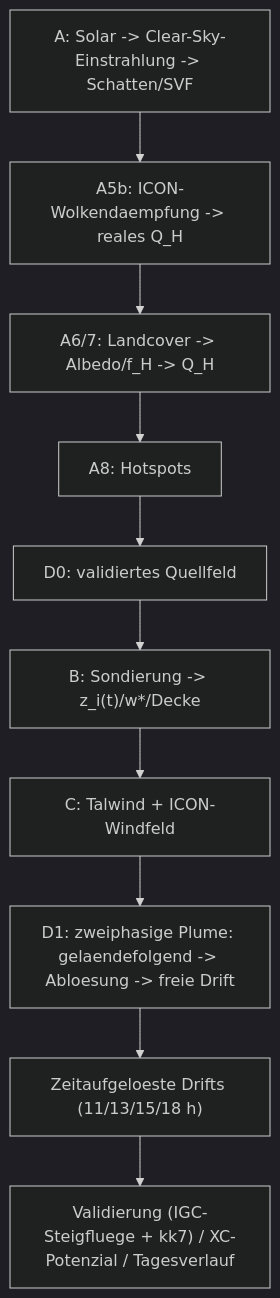
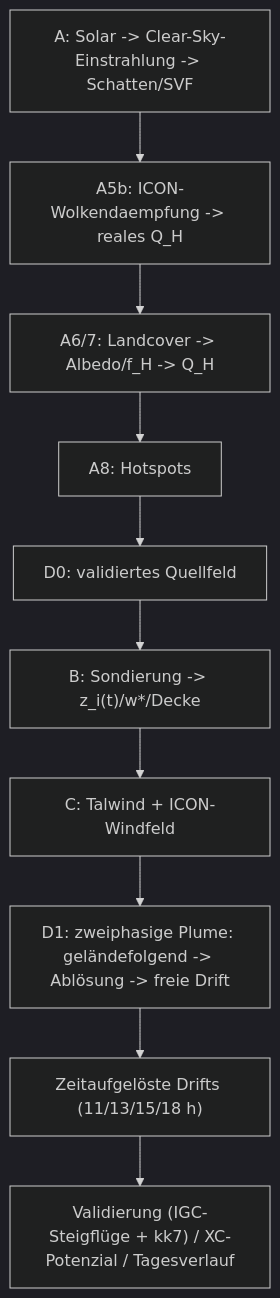
Before and after one commit to Benjamin-Loeffel/paragliding-tools: the first of 2 diagrams in docs/thermal-step-by-step.de.md, drawn with Mermaid (dark theme). The commit also changed other lines of this file and 1 other file, not shown here.

Commit message:
docs site: add uebersetzen-de translation skill + tidy German Mermaid umlauts

````diff
--- a/docs/thermal-step-by-step.de.md
+++ b/docs/thermal-step-by-step.de.md
@@ -73,12 +73,12 @@
 ```mermaid
 flowchart TD
     A["A: Solar -> Clear-Sky-Einstrahlung -> Schatten/SVF"] --> A5b["A5b: ICON-Wolkendaempfung -> reales Q_H"]
     A5b --> A67["A6/7: Landcover -> Albedo/f_H -> Q_H"]
     A67 --> A8["A8: Hotspots"]
     A8 --> D0["D0: validiertes Quellfeld"]
     D0 --> B["B: Sondierung -> z_i(t)/w*/Decke"]
     B --> C["C: Talwind + ICON-Windfeld"]
-    C --> D1["D1: zweiphasige Plume: gelaendefolgend -> Abloesung -> freie Drift"]
-    D1 --> DT["Zeitaufgeloeste Drifts (11/13/15/18 h)"]
-    DT --> VAL["Validierung (IGC-Steigfluege + kk7) / XC-Potenzial / Tagesverlauf"]
+    C --> D1["D1: zweiphasige Plume: geländefolgend -> Ablösung -> freie Drift"]
+    D1 --> DT["Zeitaufgelöste Drifts (11/13/15/18 h)"]
+    DT --> VAL["Validierung (IGC-Steigflüge + kk7) / XC-Potenzial / Tagesverlauf"]
 ```
````
